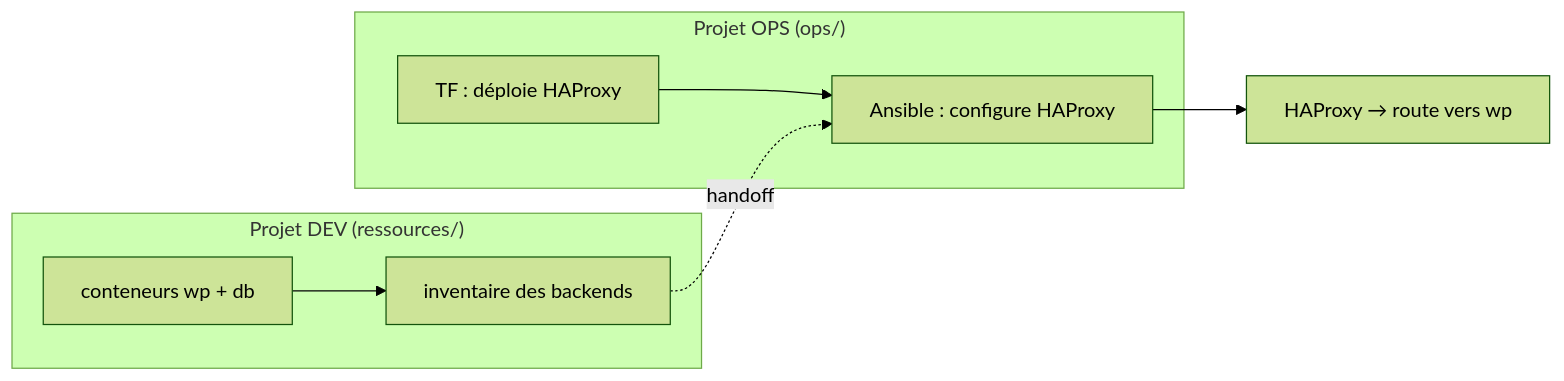
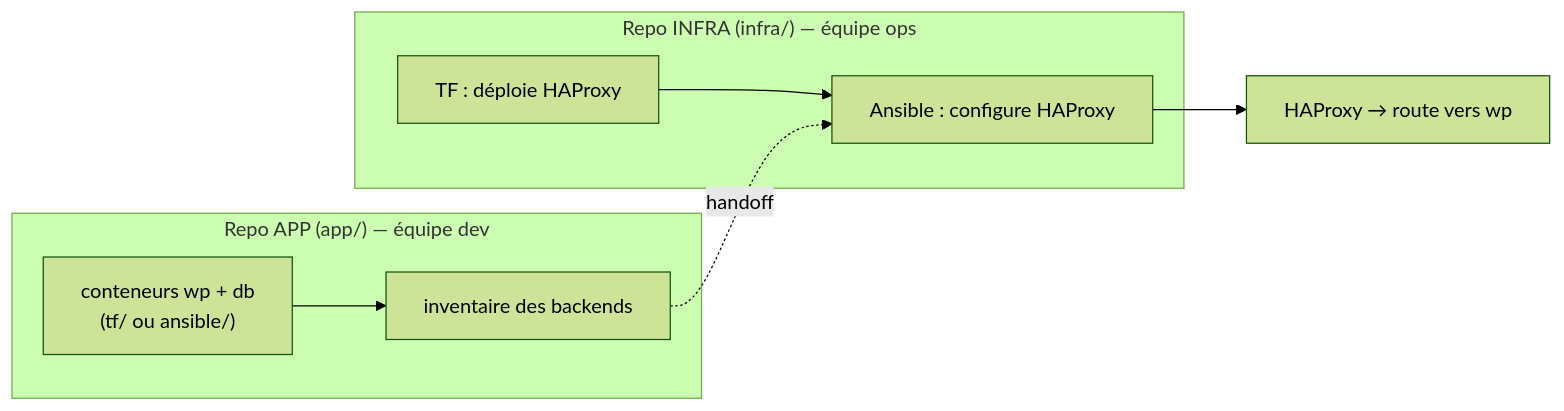
The second of 2 diagrams in 6-HAPROXY.md (bngams/2607-ansible-intro), drawn with Mermaid (forest theme) before and after one commit. The commit also changed other lines of this file and 28 other files, not shown here.

````diff
--- a/6-HAPROXY.md
+++ b/6-HAPROXY.md
@@ -39,11 +44,11 @@
 ```mermaid
 flowchart LR
-    subgraph DEV["Projet DEV (ressources/)"]
-        WP["conteneurs wp + db"] --> INV["inventaire des backends"]
+    subgraph DEV["Repo APP (app/) — équipe dev"]
+        WP["conteneurs wp + db<br/>(tf/ ou ansible/)"] --> INV["inventaire des backends"]
     end
-    subgraph OPS["Projet OPS (ops/)"]
+    subgraph OPS["Repo INFRA (infra/) — équipe ops"]
         TF["TF : déploie HAProxy"] --> CFG["Ansible : configure HAProxy"]
     end
     INV -. handoff .-> CFG
     CFG --> R["HAProxy → route vers wp"]
 ```
````
